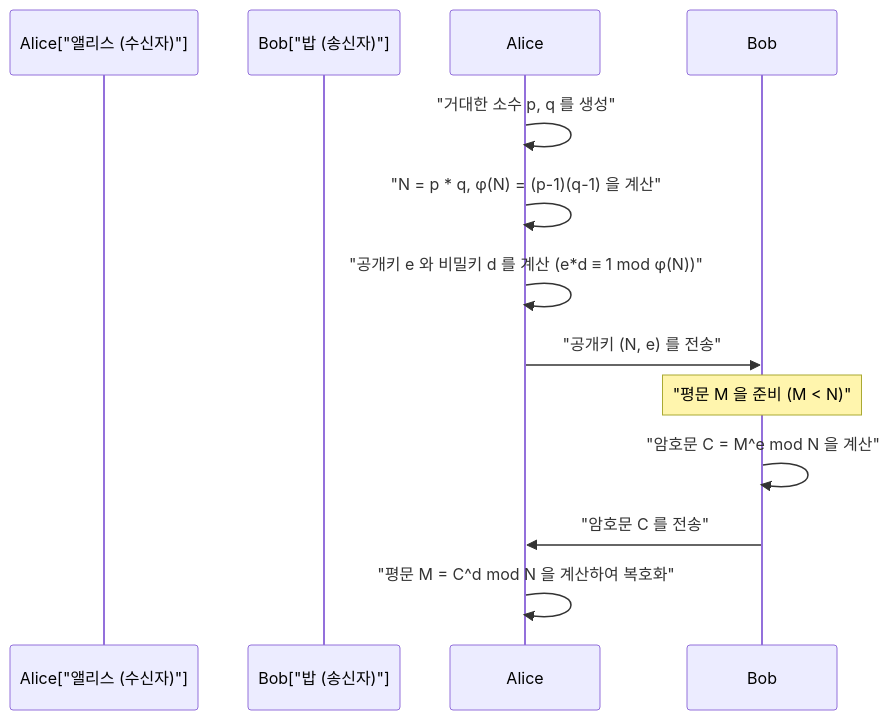
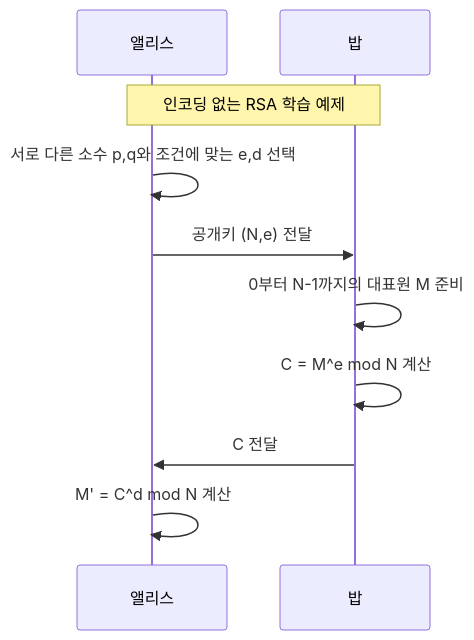
The second of 2 diagrams in content/post/フェルマーの小定理と暗号化/index.ko.md (kenjinote/blog), drawn with Mermaid before and after one commit. The commit also changed other lines of this file and 5 other files, not shown here.

````diff
--- a/content/post/フェルマーの小定理と暗号化/index.ko.md
+++ b/content/post/フェルマーの小定理と暗号化/index.ko.md
@@ -295,14 +210,12 @@
 ```mermaid
 sequenceDiagram
-    participant Alice["앨리스 (수신자)"]
-    participant Bob["밥 (송신자)"]
-    
-    Alice->>Alice: "거대한 소수 p, q 를 생성"
-    Alice->>Alice: "N = p * q, φ(N) = (p-1)(q-1) 을 계산"
-    Alice->>Alice: "공개키 e 와 비밀키 d 를 계산 (e*d ≡ 1 mod φ(N))"
-    Alice->>Bob: "공개키 (N, e) 를 전송"
-    Note over Bob: "평문 M 을 준비 (M < N)"
-    Bob->>Bob: "암호문 C = M^e mod N 을 계산"
-    Bob->>Alice: "암호문 C 를 전송"
-    Alice->>Alice: "평문 M = C^d mod N 을 계산하여 복호화"
+    participant Alice as 앨리스
+    participant Bob as 밥
+    Note over Alice,Bob: 인코딩 없는 RSA 학습 예제
+    Alice->>Alice: 서로 다른 소수 p,q와 조건에 맞는 e,d 선택
+    Alice->>Bob: 공개키 (N,e) 전달
+    Bob->>Bob: 0부터 N-1까지의 대표원 M 준비
+    Bob->>Bob: C = M^e mod N 계산
+    Bob->>Alice: C 전달
+    Alice->>Alice: M' = C^d mod N 계산
 ```
````
